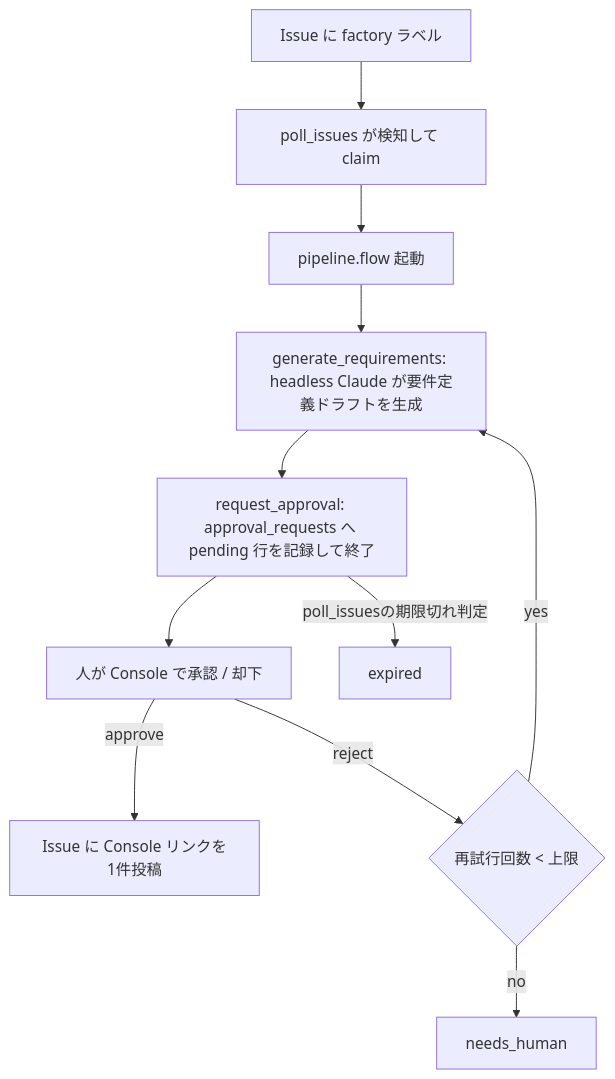
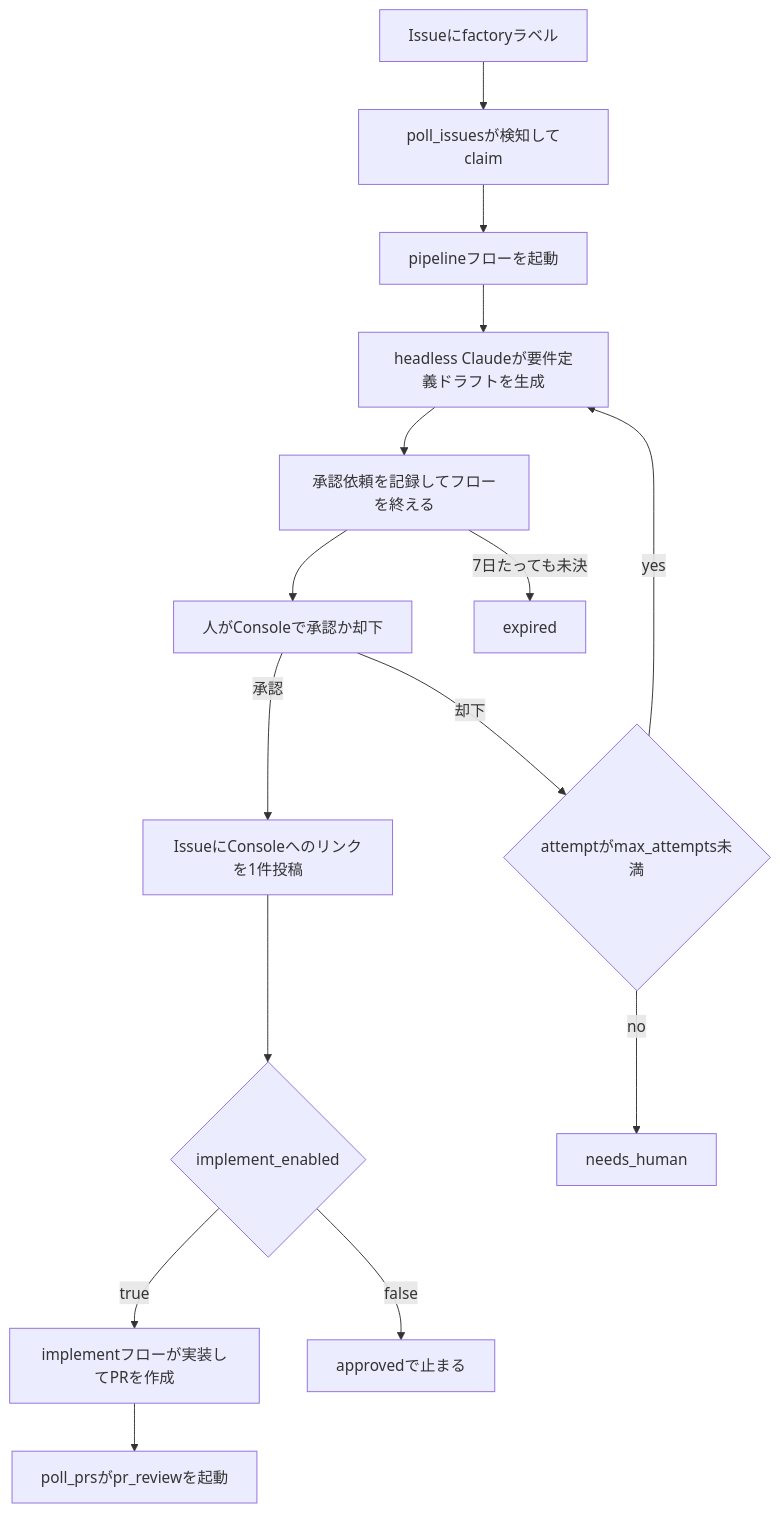
The first of 4 diagrams in docs/architecture.md (u-stem/atelier-works), drawn with Mermaid before and after one commit. The commit also changed other lines of this file and 14 other files, not shown here.

````diff
--- a/docs/architecture.md
+++ b/docs/architecture.md
@@ -30,13 +37,17 @@
 ```mermaid
 flowchart TD
-    A[Issue に factory ラベル] --> B[poll_issues が検知して claim]
-    B --> C[pipeline.flow 起動]
-    C --> D[generate_requirements: headless Claude が要件定義ドラフトを生成]
-    D --> E[request_approval: approval_requests へ pending 行を記録して終了]
-    E --> J[人が Console で承認 / 却下]
-    J -->|approve| F[Issue に Console リンクを1件投稿]
-    J -->|reject| G{再試行回数 < 上限}
+    A[Issueにfactoryラベル] --> B[poll_issuesが検知してclaim]
+    B --> C[pipelineフローを起動]
+    C --> D[headless Claudeが要件定義ドラフトを生成]
+    D --> E[承認依頼を記録してフローを終える]
+    E --> J[人がConsoleで承認か却下]
+    J -->|承認| F[IssueにConsoleへのリンクを1件投稿]
+    F --> K{implement_enabled}
+    K -->|true| L[implementフローが実装してPRを作成]
+    L --> M[poll_prsがpr_reviewを起動]
+    K -->|false| N[approvedで止まる]
+    J -->|却下| G{attemptがmax_attempts未満}
     G -->|yes| D
     G -->|no| H[needs_human]
-    E -->|poll_issuesの期限切れ判定| I[expired]
+    E -->|7日たっても未決| I[expired]
 ```
````
